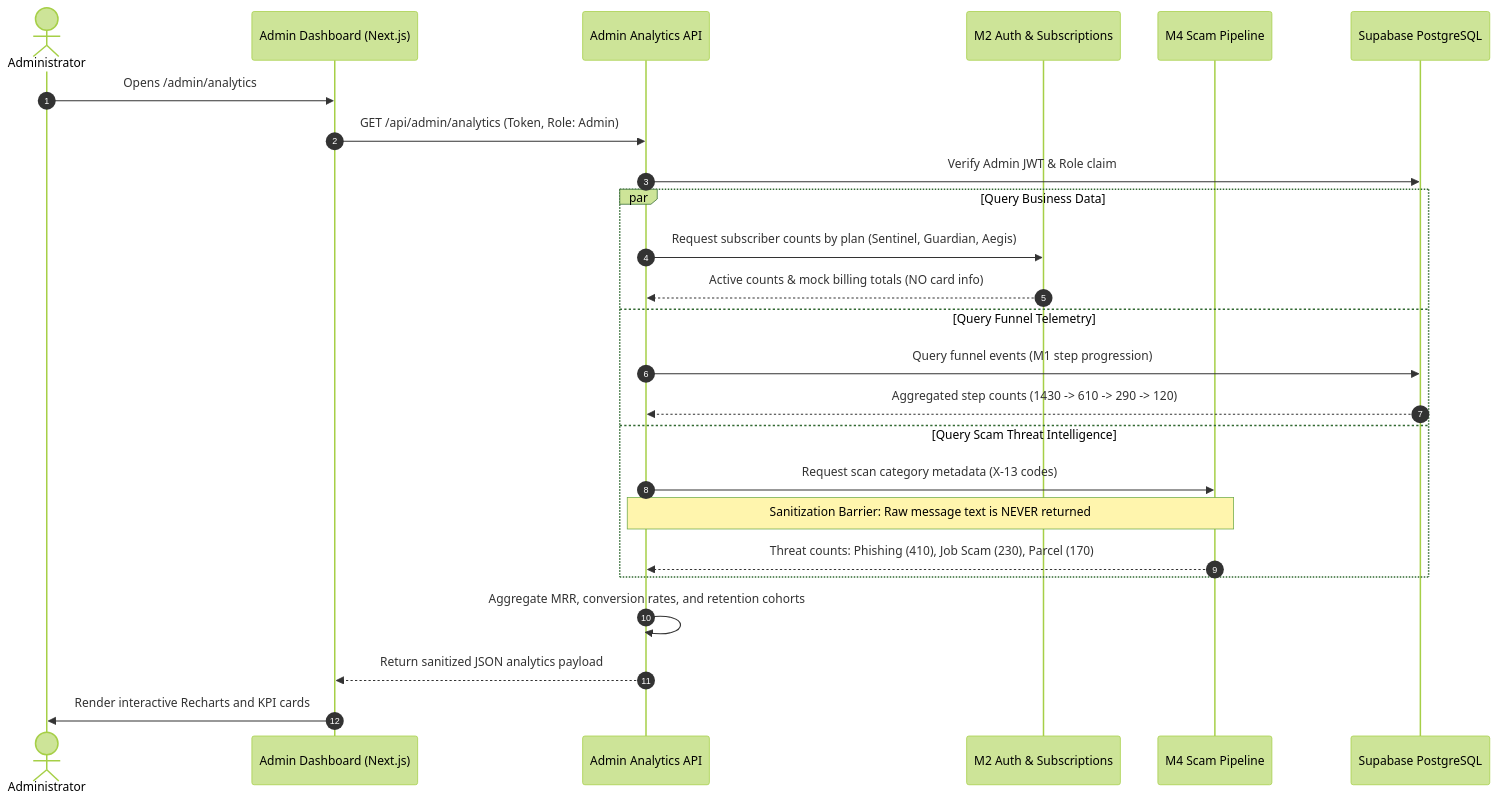
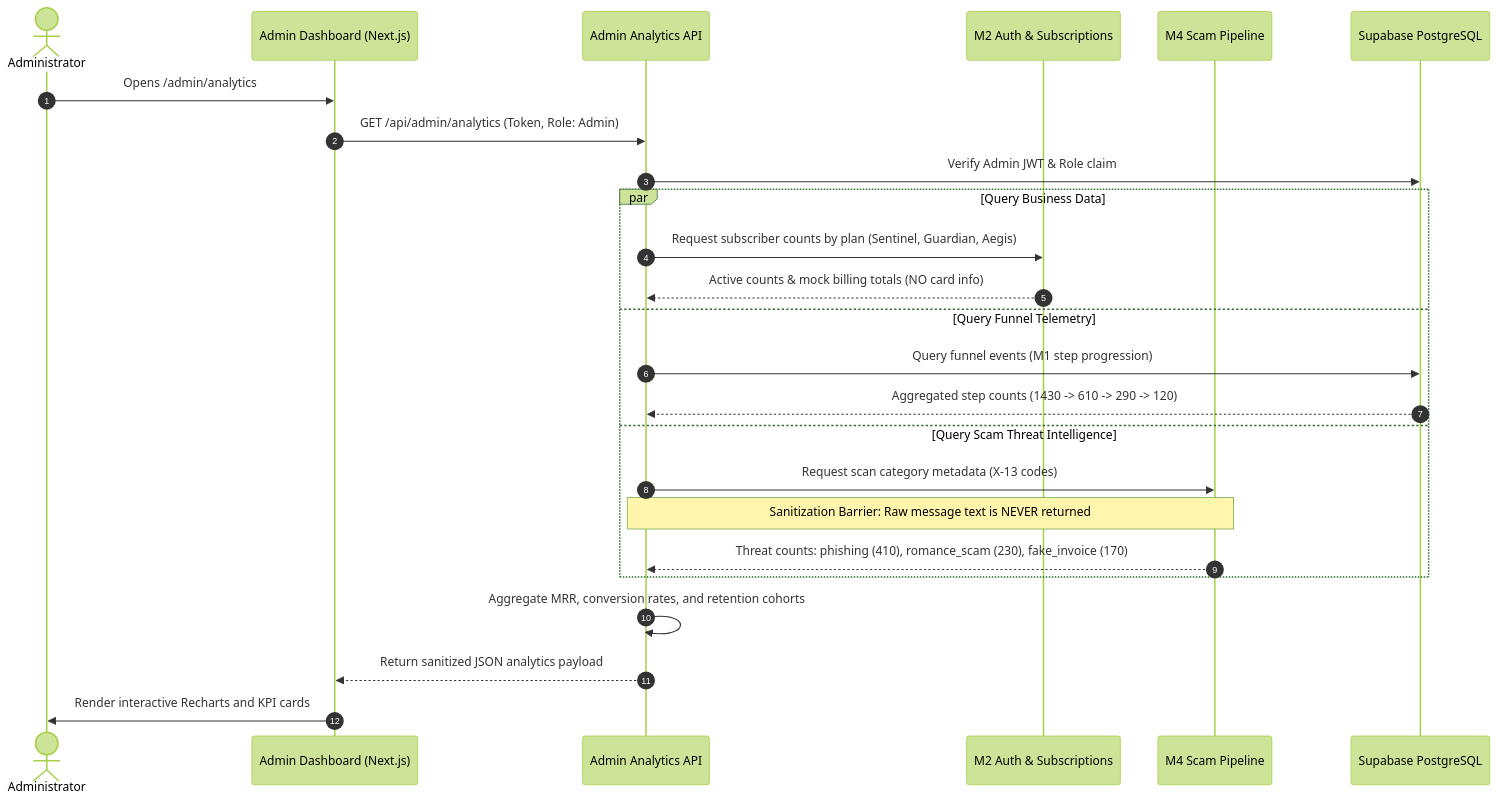
Before and after one commit to Bytebrigade-devs/scamshield: the third of 4 diagrams in docs/M5-UML-DIAGRAMS.md, drawn with Mermaid (forest theme). The commit also changed other lines of this file and 20 other files, not shown here.

````diff
--- a/docs/M5-UML-DIAGRAMS.md
+++ b/docs/M5-UML-DIAGRAMS.md
@@ -97,30 +97,30 @@
 ```mermaid
 sequenceDiagram
     autonumber
     actor Admin as Administrator
     participant UI as Admin Dashboard (Next.js)
     participant API as Admin Analytics API
     participant M2 as M2 Auth & Subscriptions
     participant M4 as M4 Scam Pipeline
     participant DB as Supabase PostgreSQL
 
     Admin->>UI: Opens /admin/analytics
     UI->>API: GET /api/admin/analytics (Token, Role: Admin)
     API->>DB: Verify Admin JWT & Role claim
     
     par Query Business Data
         API->>M2: Request subscriber counts by plan (Sentinel, Guardian, Aegis)
         M2-->>API: Active counts & mock billing totals (NO card info)
     and Query Funnel Telemetry
         API->>DB: Query funnel events (M1 step progression)
         DB-->>API: Aggregated step counts (1430 -> 610 -> 290 -> 120)
     and Query Scam Threat Intelligence
         API->>M4: Request scan category metadata (X-13 codes)
         Note over M4,API: Sanitization Barrier: Raw message text is NEVER returned
-        M4-->>API: Threat counts: Phishing (410), Job Scam (230), Parcel (170)
+        M4-->>API: Threat counts: phishing (410), romance_scam (230), fake_invoice (170)
     end
 
     API->>API: Aggregate MRR, conversion rates, and retention cohorts
     API-->>UI: Return sanitized JSON analytics payload
     UI->>Admin: Render interactive Recharts and KPI cards
 ```
````
